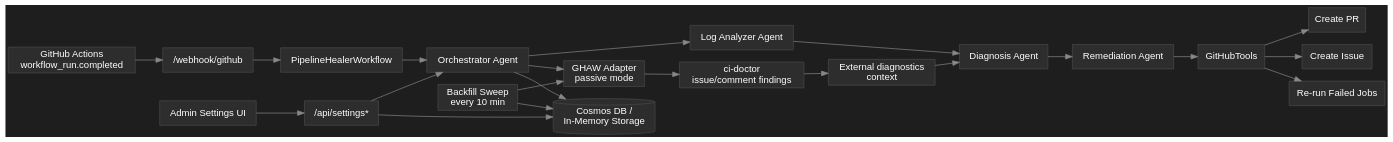
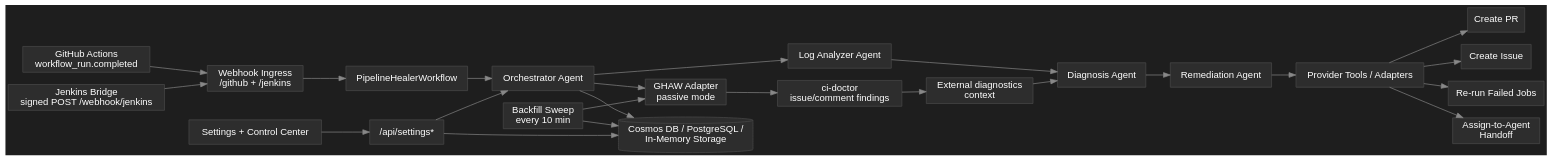
Before and after one commit to Canepro/pipelinehealer: the diagram in docs/screens/pipeline-healer-architecture.dot, drawn with Graphviz. The commit also changed 9 other files, not shown here.

Commit message:
Refresh docs and diagrams for control-plane framing

```diff
--- a/docs/screens/pipeline-healer-architecture.dot
+++ b/docs/screens/pipeline-healer-architecture.dot
@@ -1,44 +1,48 @@
 digraph PipelineHealerWorkflow {
   rankdir="LR";
   bgcolor="#1e1e1e";
   node [shape="box" style="filled" fillcolor="#2d2d2d" fontcolor="white" color="#4a4a4a" fontname="Helvetica"];
   edge [color="#888888" fontname="Helvetica"];
   GH [label="GitHub Actions\nworkflow_run.completed" shape="box"];
-  WH [label="/webhook/github" shape="box"];
+  JN [label="Jenkins Bridge\nsigned POST /webhook/jenkins" shape="box"];
+  WH [label="Webhook Ingress\n/github + /jenkins" shape="box"];
   WF [label="PipelineHealerWorkflow" shape="box"];
   OR [label="Orchestrator Agent" shape="box"];
   LA [label="Log Analyzer Agent" shape="box"];
   DG [label="Diagnosis Agent" shape="box"];
   RM [label="Remediation Agent" shape="box"];
-  GT [label="GitHubTools" shape="box"];
+  GT [label="Provider Tools / Adapters" shape="box"];
   PR [label="Create PR" shape="box"];
   IS [label="Create Issue" shape="box"];
   RR [label="Re-run Failed Jobs" shape="box"];
+  HO [label="Assign-to-Agent\nHandoff" shape="box"];
   ADP [label="GHAW Adapter\npassive mode" shape="box"];
   CD [label="ci-doctor\nissue/comment findings" shape="box"];
   EXT [label="External diagnostics\ncontext" shape="box"];
   BF [label="Backfill Sweep\nevery 10 min" shape="box"];
-  ST [label="Cosmos DB /\nIn-Memory Storage" shape="cylinder"];
-  UI [label="Admin Settings UI" shape="box"];
+  ST [label="Cosmos DB / PostgreSQL /\nIn-Memory Storage" shape="cylinder"];
+  UI [label="Settings + Control Center" shape="box"];
   API [label="/api/settings*" shape="box"];
   GH -> WH;
+  JN -> WH;
   WH -> WF;
   WF -> OR;
   OR -> LA;
   LA -> DG;
   OR -> ADP;
   ADP -> CD;
   CD -> EXT;
   EXT -> DG;
   DG -> RM;
   RM -> GT;
   GT -> PR;
   GT -> IS;
   GT -> RR;
+  GT -> HO;
   OR -> ST;
   BF -> ADP;
   BF -> ST;
   UI -> API;
   API -> OR;
   API -> ST;
 }
```
